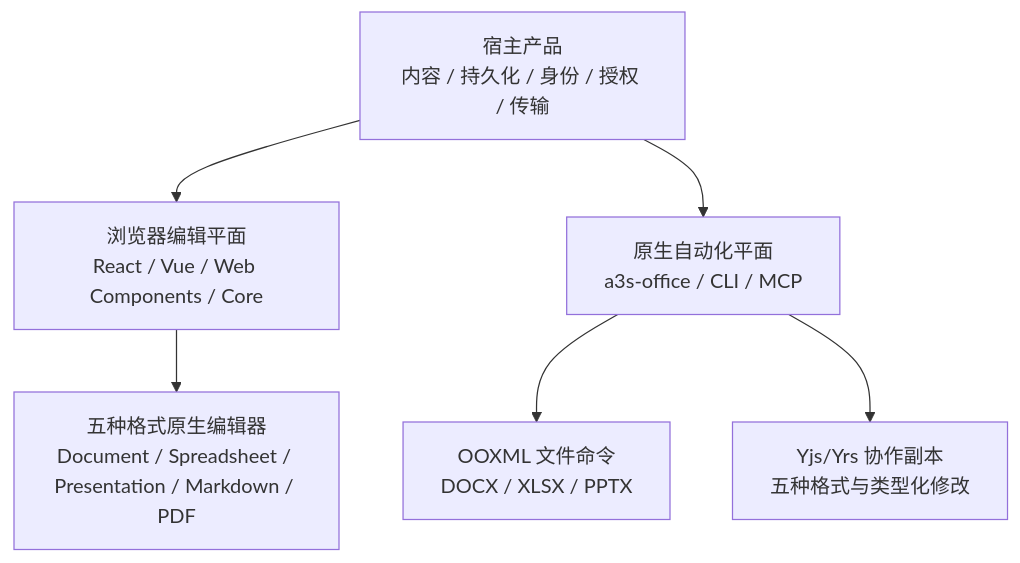
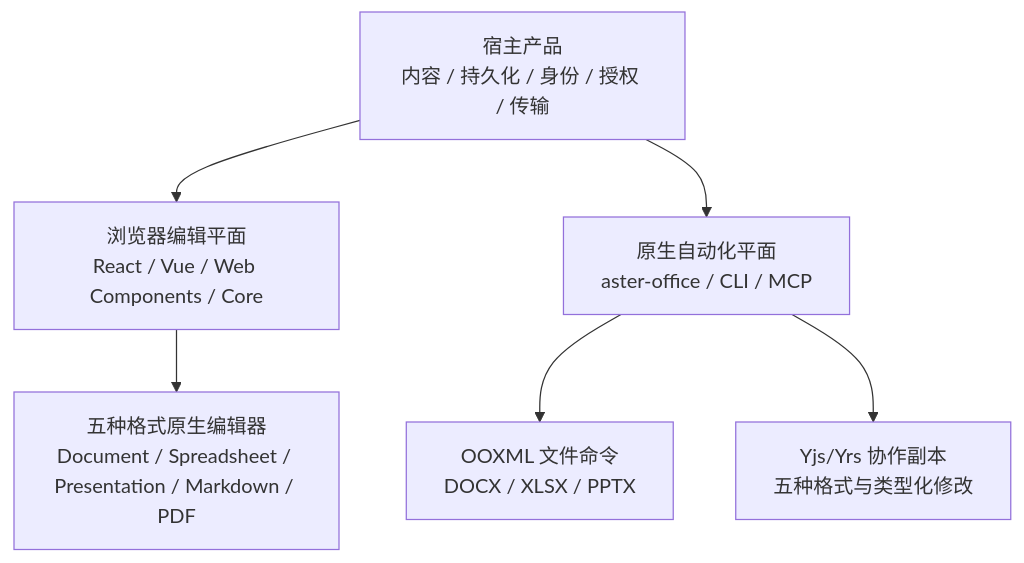
One commit to aster-ai-lab/aster changed the diagram in apps/web/content/docs/office/current/_diagrams/office-architecture.mmd. Above: the diagram before and after it, drawn with Mermaid. The commit also changed 16153 other files, not shown here.

```diff
--- a/apps/web/content/docs/office/current/_diagrams/office-architecture.mmd
+++ b/apps/web/content/docs/office/current/_diagrams/office-architecture.mmd
@@ -1,8 +1,8 @@
 flowchart TB
   accTitle: Aster Office 的双执行平面
   accDescr: 宿主产品控制内容、持久化、身份、授权和协作传输。浏览器编辑平面支持五种格式。原生文件命令覆盖 DOCX、XLSX 和 PPTX，协作副本覆盖五种格式。
   host["宿主产品<br/>内容 / 持久化 / 身份 / 授权 / 传输"] --> browser["浏览器编辑平面<br/>React / Vue / Web Components / Core"]
-  host --> native["原生自动化平面<br/>a3s-office / CLI / MCP"]
+  host --> native["原生自动化平面<br/>aster-office / CLI / MCP"]
   browser --> editors["五种格式原生编辑器<br/>Document / Spreadsheet / Presentation / Markdown / PDF"]
   native --> files["OOXML 文件命令<br/>DOCX / XLSX / PPTX"]
   native --> collab["Yjs/Yrs 协作副本<br/>五种格式与类型化修改"]
```
